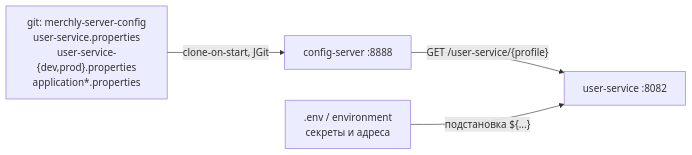
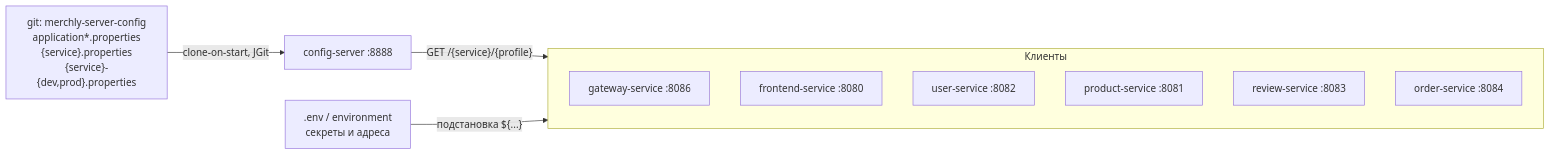
One commit to cvvexx/Merchly changed the third of 3 diagrams in README.md. Above: the diagram before and after it, drawn with Mermaid. The commit also changed other lines of this file, not shown here.

````diff
--- a/README.md
+++ b/README.md
@@ -264,11 +268,20 @@
 ```mermaid
 flowchart LR
-    GIT["git: merchly-server-config<br/>user-service.properties<br/>user-service-{dev,prod}.properties<br/>application*.properties"]
+    GIT["git: merchly-server-config<br/>application*.properties<br/>{service}.properties<br/>{service}-{dev,prod}.properties"]
     CS["config-server :8888"]
-    US["user-service :8082"]
+
+    subgraph CLIENTS["Клиенты"]
+        GW["gateway-service :8086"]
+        FE["frontend-service :8080"]
+        US["user-service :8082"]
+        PS["product-service :8081"]
+        RS["review-service :8083"]
+        OS["order-service :8084"]
+    end
+
     ENV[".env / environment<br/>секреты и адреса"]
 
     GIT -->|"clone-on-start, JGit"| CS
-    CS -->|"GET /user-service/{profile}"| US
-    ENV -->|"подстановка ${...}"| US
+    CS -->|"GET /{service}/{profile}"| CLIENTS
+    ENV -->|"подстановка ${...}"| CLIENTS
 ```
````
